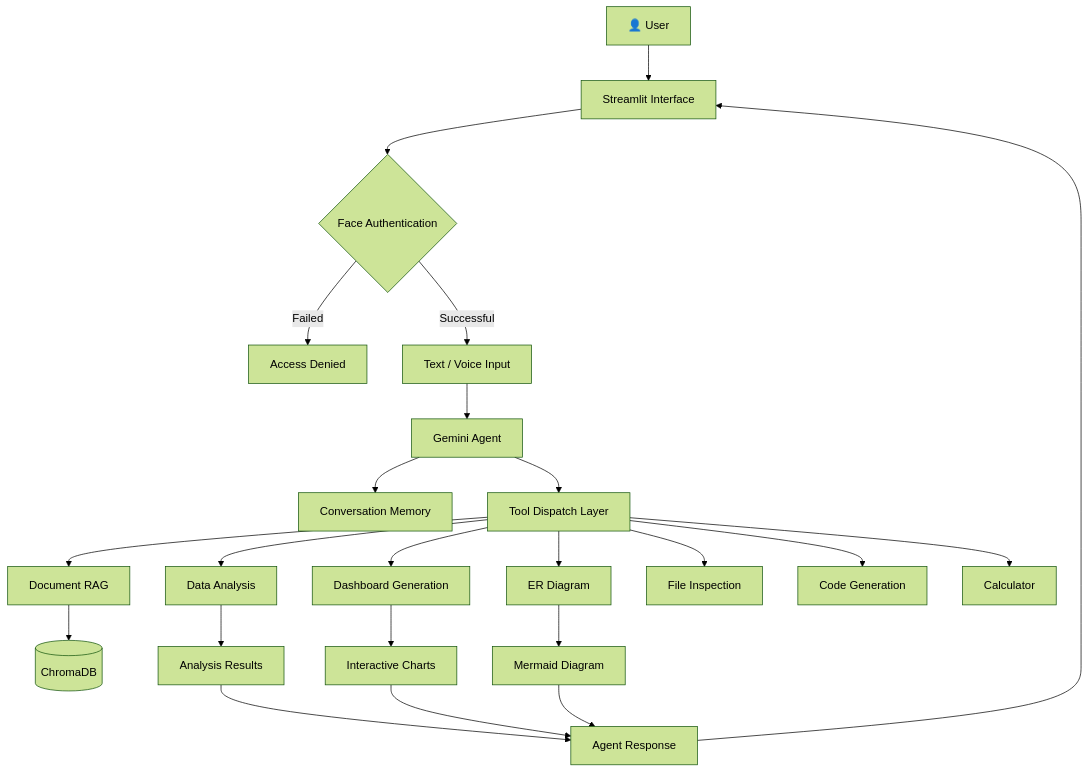
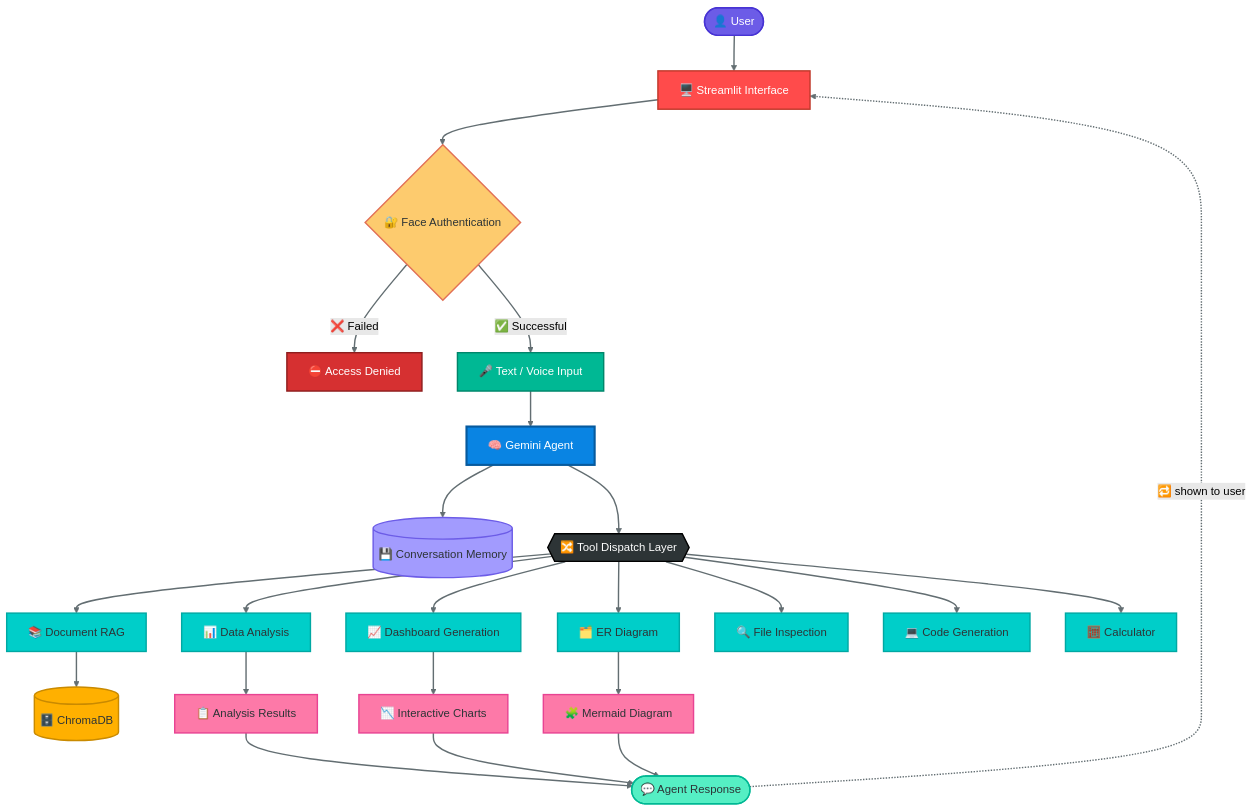
The first of 3 diagrams in README.md (AkhilReddySankati/Multimodal-AI-Personal-Assistant), drawn with Mermaid (forest theme) before and after one commit. The commit also changed other lines of this file, not shown here.

First line of the commit message:
Enhance flowcharts in README.md

````diff
--- a/README.md
+++ b/README.md
@@ -46,31 +46,58 @@
 ```mermaid
 flowchart TD
-    A["👤 User"] --> B["Streamlit Interface"]
-    B --> C{"Face Authentication"}
+    A(["👤 User"]) --> B["🖥️ Streamlit Interface"]
+    B --> C{"🔐 Face Authentication"}
 
-    C -->|Failed| D["Access Denied"]
-    C -->|Successful| E["Text / Voice Input"]
+    C -->|❌ Failed| D["⛔ Access Denied"]
+    C -->|✅ Successful| E["🎤 Text / Voice Input"]
 
-    E --> F["Gemini Agent"]
+    E --> F["🧠 Gemini Agent"]
 
-    F --> G["Conversation Memory"]
-    F --> H["Tool Dispatch Layer"]
+    F --> G[("💾 Conversation Memory")]
+    F --> H{{"🔀 Tool Dispatch Layer"}}
 
-    H --> I["Document RAG"]
-    H --> J["Data Analysis"]
-    H --> K["Dashboard Generation"]
-    H --> L["ER Diagram"]
-    H --> M["File Inspection"]
-    H --> N["Code Generation"]
-    H --> O["Calculator"]
+    H --> I["📚 Document RAG"]
+    H --> J["📊 Data Analysis"]
+    H --> K["📈 Dashboard Generation"]
+    H --> L["🗂️ ER Diagram"]
+    H --> M["🔍 File Inspection"]
+    H --> N["💻 Code Generation"]
+    H --> O["🧮 Calculator"]
 
-    I --> P[("ChromaDB")]
-    J --> Q["Analysis Results"]
-    K --> R["Interactive Charts"]
-    L --> S["Mermaid Diagram"]
+    I --> P[("🗄️ ChromaDB")]
+    J --> Q["📋 Analysis Results"]
+    K --> R["📉 Interactive Charts"]
+    L --> S["🧩 Mermaid Diagram"]
 
-    Q --> T["Agent Response"]
+    Q --> T(["💬 Agent Response"])
     R --> T
     S --> T
-    T --> B
+    T -.->|"🔁 shown to user"| B
+
+    classDef user fill:#6C5CE7,stroke:#4834D4,stroke-width:2px,color:#fff
+    classDef ui fill:#FF4B4B,stroke:#C0392B,stroke-width:2px,color:#fff
+    classDef auth fill:#FDCB6E,stroke:#E17055,stroke-width:2px,color:#2D3436
+    classDef deny fill:#D63031,stroke:#8E1E1E,stroke-width:2px,color:#fff
+    classDef input fill:#00B894,stroke:#00866B,stroke-width:2px,color:#fff
+    classDef agent fill:#0984E3,stroke:#065A9E,stroke-width:3px,color:#fff
+    classDef memory fill:#A29BFE,stroke:#6C5CE7,stroke-width:2px,color:#2D3436
+    classDef dispatch fill:#2D3436,stroke:#000,stroke-width:2px,color:#fff
+    classDef tool fill:#00CEC9,stroke:#00A8A3,stroke-width:2px,color:#2D3436
+    classDef db fill:#FFB000,stroke:#C98A00,stroke-width:2px,color:#2D3436
+    classDef output fill:#FD79A8,stroke:#E84393,stroke-width:2px,color:#2D3436
+    classDef response fill:#55EFC4,stroke:#00B894,stroke-width:2px,color:#2D3436
+
+    class A user
+    class B ui
+    class C auth
+    class D deny
+    class E input
+    class F agent
+    class G memory
+    class H dispatch
+    class I,J,K,L,M,N,O tool
+    class P db
+    class Q,R,S output
+    class T response
+    linkStyle default stroke:#636E72,stroke-width:2px
 ```
````
